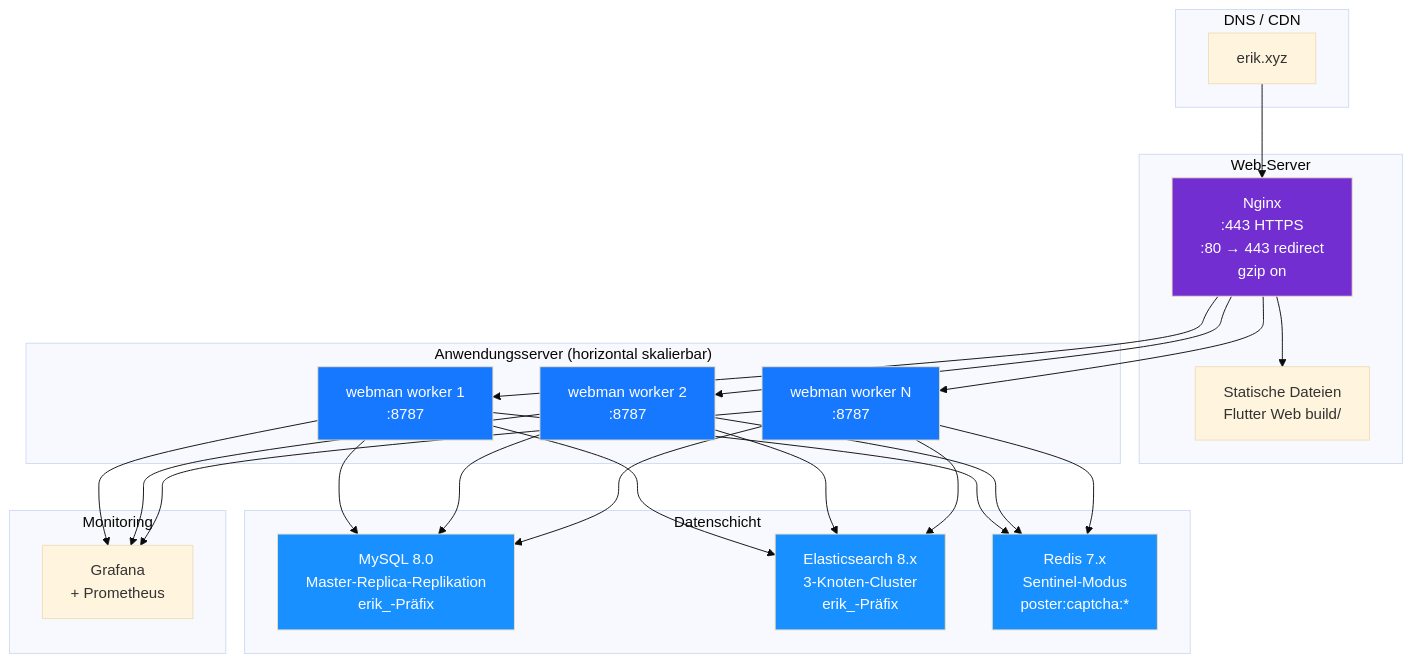
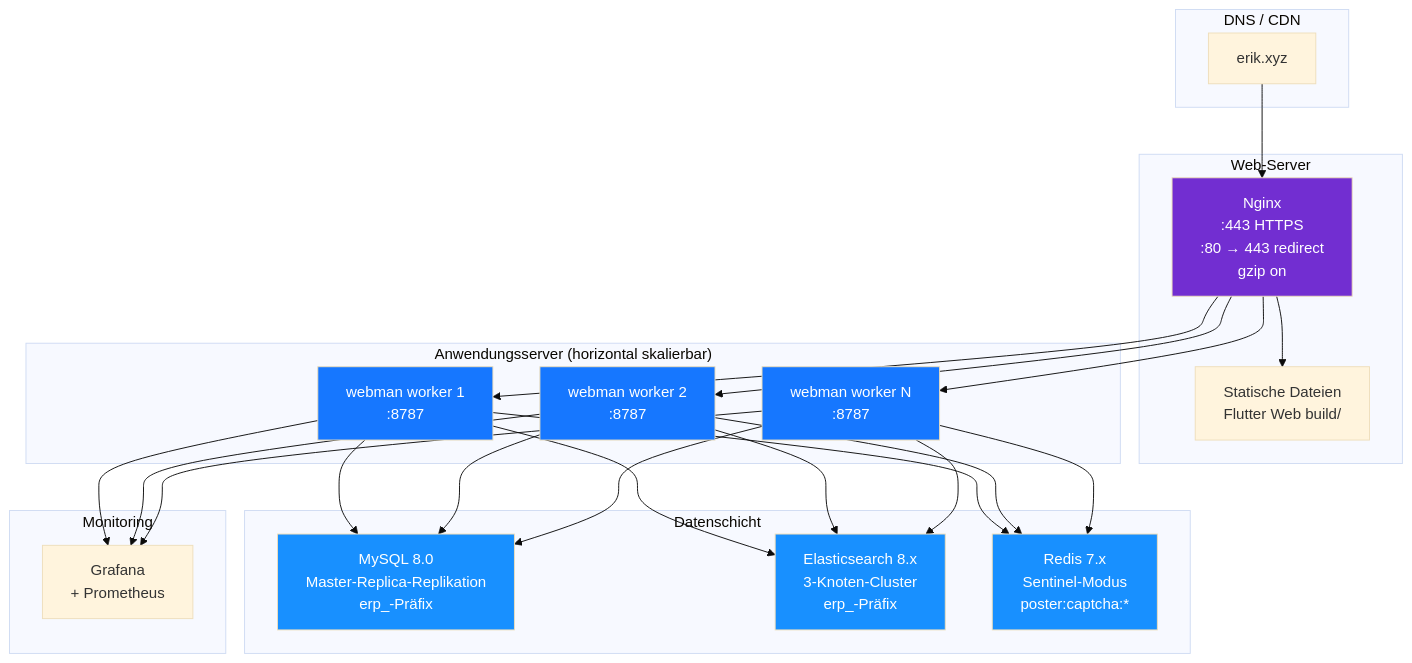
Diagram 14 of 20 in docs/i18n/de/ARCHITECTURE.md (erikwang2013/erp-php), drawn with Mermaid (base theme) before and after one commit. The commit also changed other lines of this file and 449 other files, not shown here.

First line of the commit message:
全局命名统一：数据库 erp、表前缀 erp_、Redis 前缀 erp:（原 erik_/open_admin）

````diff
--- a/docs/i18n/de/ARCHITECTURE.md
+++ b/docs/i18n/de/ARCHITECTURE.md
@@ -661,43 +661,43 @@
 ```mermaid
 flowchart TB
     subgraph "DNS / CDN"
         DNS["erik.xyz"]
     end
 
     subgraph "Web-Server"
         NGX["Nginx<br/>:443 HTTPS<br/>:80 → 443 redirect<br/>gzip on"]
         STA["Statische Dateien<br/>Flutter Web build/"]
     end
 
     subgraph "Anwendungsserver (horizontal skalierbar)"
         WM1["webman worker 1<br/>:8787"]
         WM2["webman worker 2<br/>:8787"]
         WM3["webman worker N<br/>:8787"]
     end
 
     subgraph "Datenschicht"
-        MYSQL["MySQL 8.0<br/>Master-Replica-Replikation<br/>erik_-Präfix"]
-        ES["Elasticsearch 8.x<br/>3-Knoten-Cluster<br/>erik_-Präfix"]
+        MYSQL["MySQL 8.0<br/>Master-Replica-Replikation<br/>erp_-Präfix"]
+        ES["Elasticsearch 8.x<br/>3-Knoten-Cluster<br/>erp_-Präfix"]
         REDIS["Redis 7.x<br/>Sentinel-Modus<br/>poster:captcha:*"]
     end
 
     subgraph "Monitoring"
         MON["Grafana<br/>+ Prometheus"]
     end
 
     DNS --> NGX
     NGX --> STA
     NGX --> WM1 & WM2 & WM3
     WM1 & WM2 & WM3 --> MYSQL
     WM1 & WM2 & WM3 --> ES
     WM1 & WM2 & WM3 --> REDIS
     WM1 & WM2 & WM3 --> MON
 
     style NGX fill:#722ED1,color:#fff
     style WM1 fill:#1677FF,color:#fff
     style WM2 fill:#1677FF,color:#fff
     style WM3 fill:#1677FF,color:#fff
     style MYSQL fill:#1890FF,color:#fff
     style ES fill:#1890FF,color:#fff
     style REDIS fill:#1890FF,color:#fff
 ```
````
